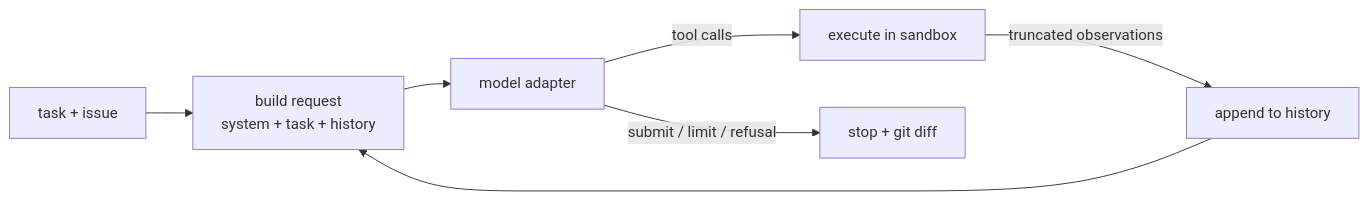
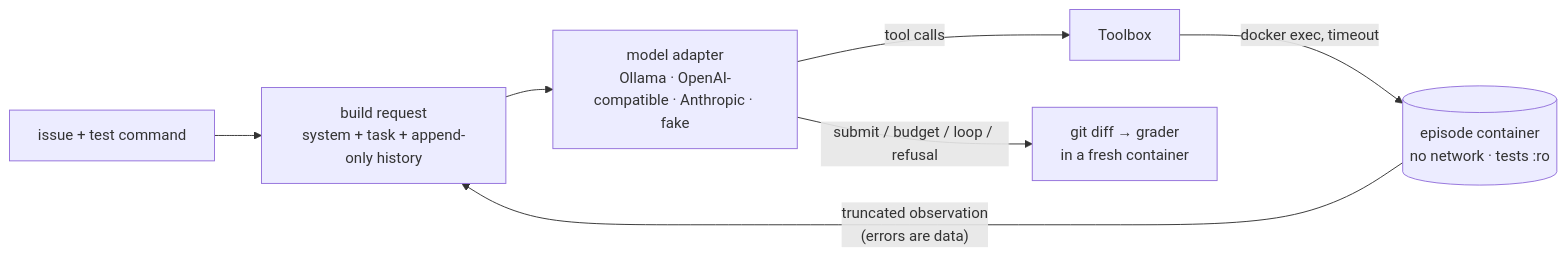
Before and after one commit to varad-oss/patchloop: the diagram in README.md, drawn with Mermaid. The commit also changed other lines of this file and 33 other files, not shown here.

````diff
--- a/README.md
+++ b/README.md
@@ -29,9 +66,9 @@
 ```mermaid
 flowchart LR
-    T[task + issue] --> P[build request<br/>system + task + history]
-    P --> M[model adapter]
-    M -->|tool calls| X[execute in sandbox]
-    X -->|truncated observations| H[append to history]
-    H --> P
-    M -->|submit / limit / refusal| S[stop + git diff]
+    T["issue + test command"] --> P["build request<br/>system + task + append-only history"]
+    P --> M["model adapter<br/>Ollama · OpenAI-compatible · Anthropic · fake"]
+    M -->|tool calls| X["Toolbox"]
+    X -->|"docker exec, timeout"| S[("episode container<br/>no network · tests :ro")]
+    S -->|"truncated observation<br/>(errors are data)"| P
+    M -->|"submit / budget / loop / refusal"| G["git diff → grader<br/>in a fresh container"]
 ```
````
